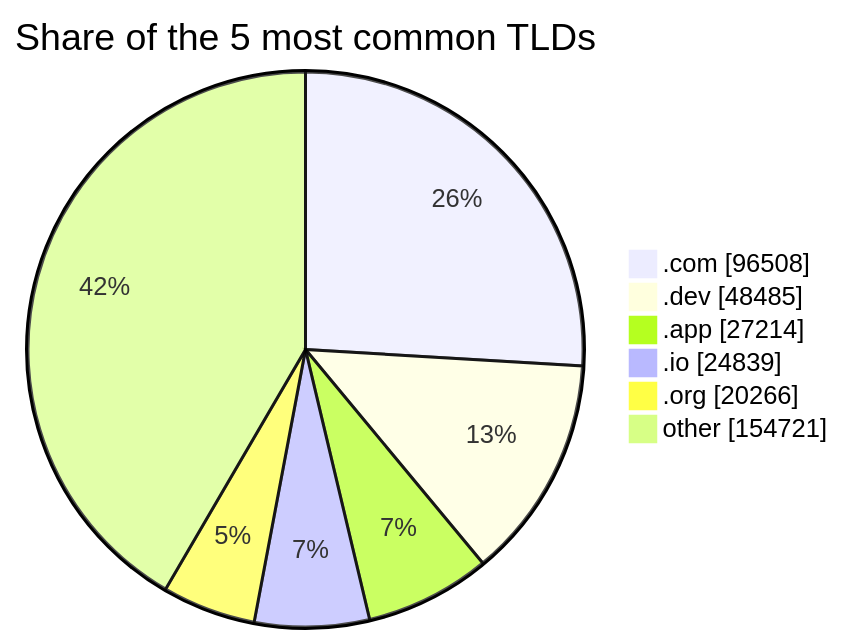
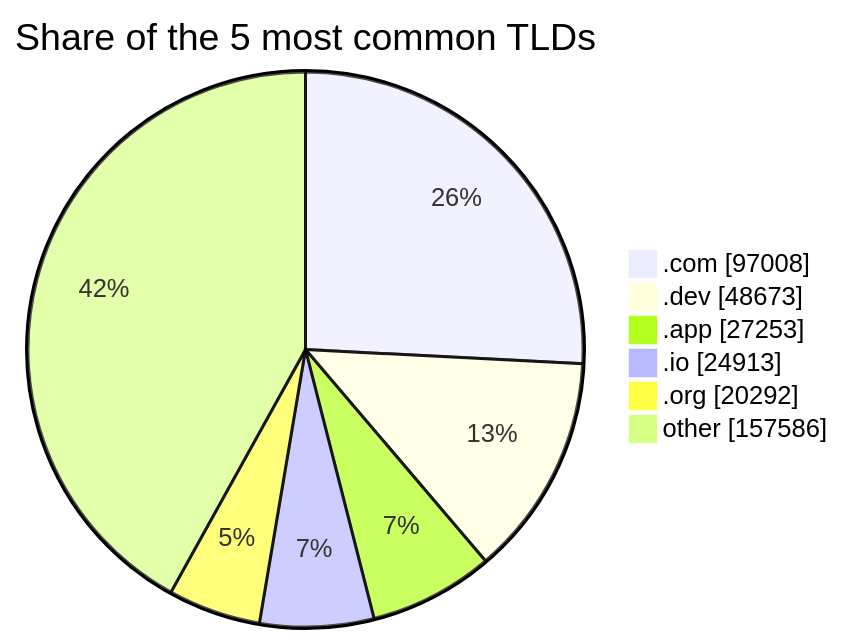
Before and after one commit to DNSBunker/CTI: the third of 3 diagrams in README.md, drawn with Mermaid. The commit also changed other lines of this file and 3 other files, not shown here.

````diff
--- a/README.md
+++ b/README.md
@@ -81,9 +81,9 @@
 ```mermaid
 pie showData title Share of the 5 most common TLDs
-    ".com" : 96508
-    ".dev" : 48485
-    ".app" : 27214
-    ".io" : 24839
-    ".org" : 20266
-    "other" : 154721
+    ".com" : 97008
+    ".dev" : 48673
+    ".app" : 27253
+    ".io" : 24913
+    ".org" : 20292
+    "other" : 157586
 ```
````
